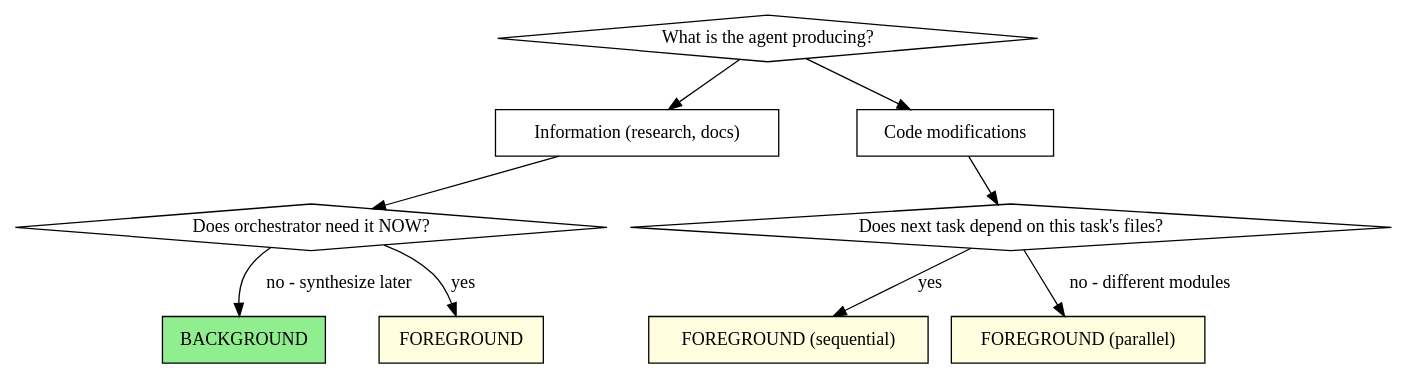
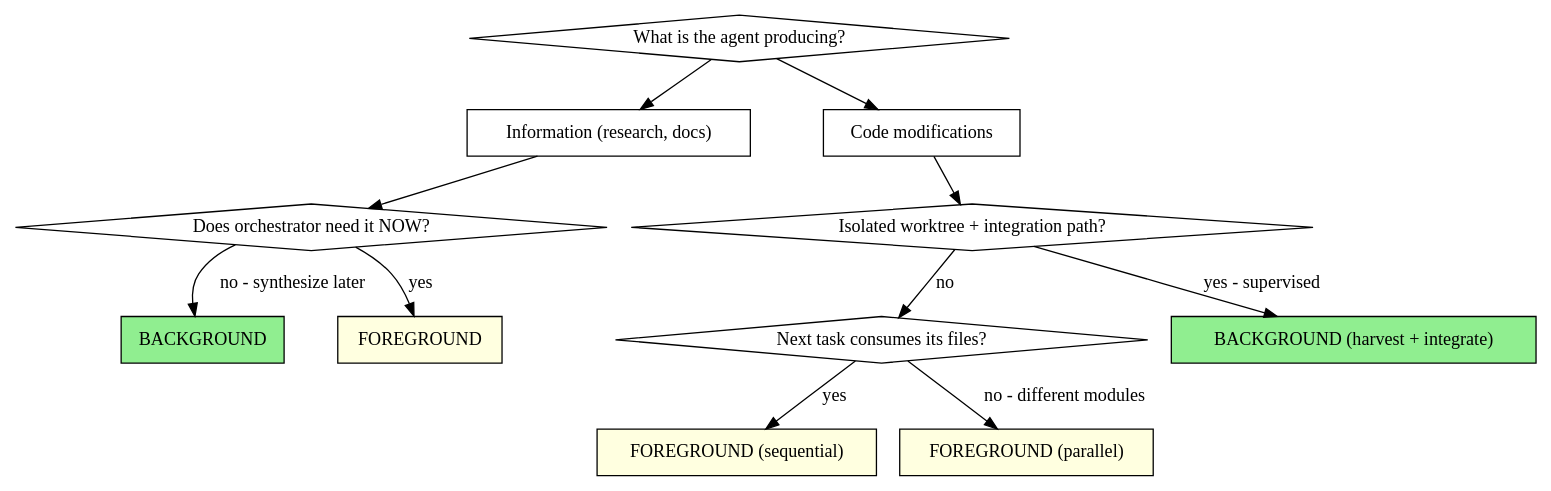
The diagram in skills/orchestrate/SKILL.md (hyperb1iss/hyperskills), drawn with Graphviz before and after one commit. The commit also changed other lines of this file and 1 other file, not shown here.

````diff
--- a/skills/orchestrate/SKILL.md
+++ b/skills/orchestrate/SKILL.md
@@ -452,27 +337,31 @@
 ```dot
 digraph bg_fg {
     "What is the agent producing?" [shape=diamond];
 
     "Information (research, docs)" [shape=box];
     "Code modifications" [shape=box];
 
     "Does orchestrator need it NOW?" [shape=diamond];
     "BACKGROUND" [shape=box style=filled fillcolor=lightgreen];
     "FOREGROUND" [shape=box style=filled fillcolor=lightyellow];
 
-    "Does next task depend on this task's files?" [shape=diamond];
+    "Isolated worktree + integration path?" [shape=diamond];
+    "Next task consumes its files?" [shape=diamond];
+    "BACKGROUND (harvest + integrate)" [shape=box style=filled fillcolor=lightgreen];
     "FOREGROUND (sequential)" [shape=box style=filled fillcolor=lightyellow];
     "FOREGROUND (parallel)" [shape=box style=filled fillcolor=lightyellow];
 
     "What is the agent producing?" -> "Information (research, docs)";
     "What is the agent producing?" -> "Code modifications";
 
     "Information (research, docs)" -> "Does orchestrator need it NOW?";
     "Does orchestrator need it NOW?" -> "FOREGROUND" [label="yes"];
     "Does orchestrator need it NOW?" -> "BACKGROUND" [label="no - synthesize later"];
 
-    "Code modifications" -> "Does next task depend on this task's files?";
-    "Does next task depend on this task's files?" -> "FOREGROUND (sequential)" [label="yes"];
-    "Does next task depend on this task's files?" -> "FOREGROUND (parallel)" [label="no - different modules"];
+    "Code modifications" -> "Isolated worktree + integration path?";
+    "Isolated worktree + integration path?" -> "BACKGROUND (harvest + integrate)" [label="yes - supervised"];
+    "Isolated worktree + integration path?" -> "Next task consumes its files?" [label="no"];
+    "Next task consumes its files?" -> "FOREGROUND (sequential)" [label="yes"];
+    "Next task consumes its files?" -> "FOREGROUND (parallel)" [label="no - different modules"];
 }
 ```
````
